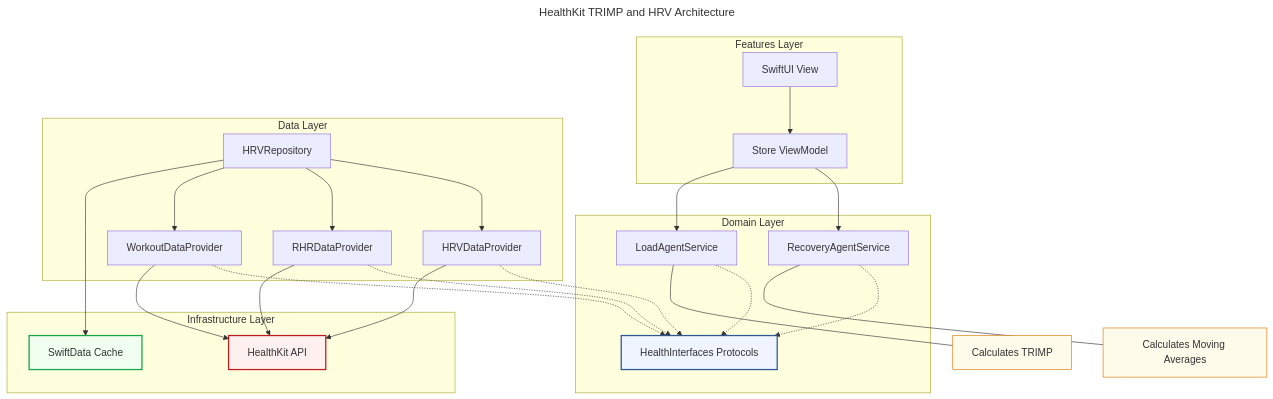
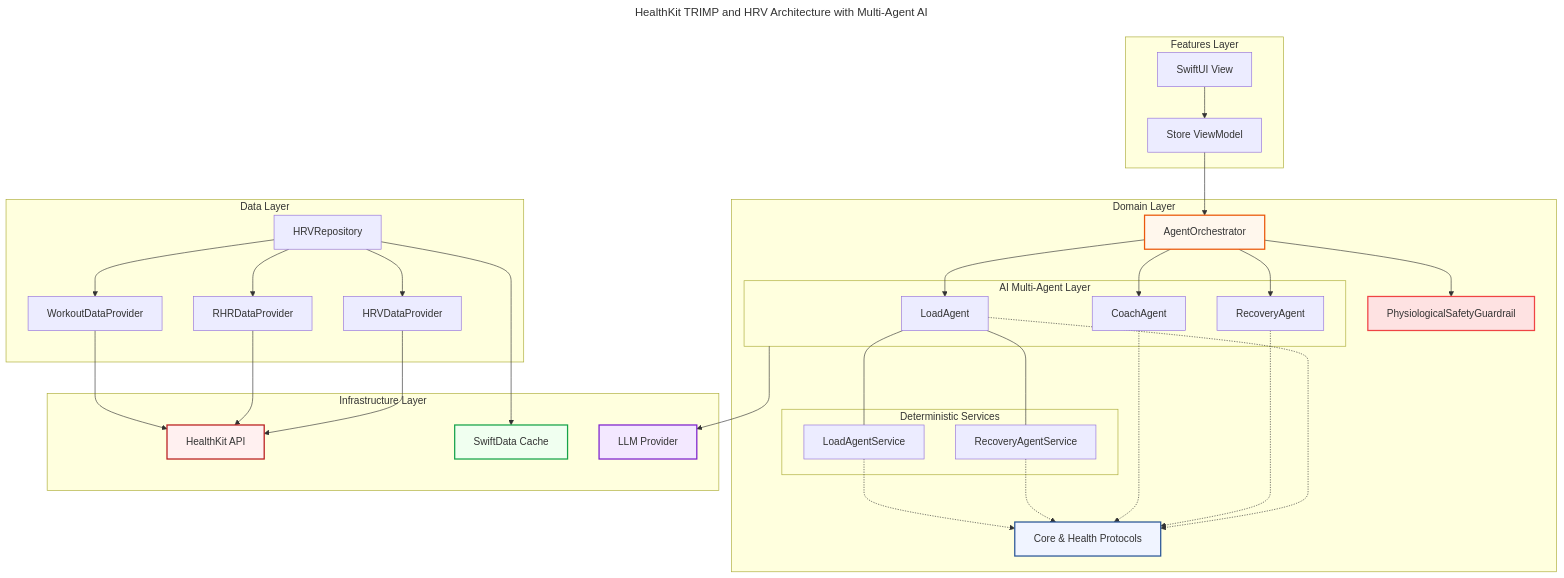
Before and after one commit to rhieda/beginner-runner-ai-app: the diagram in docs/specs/architecture_hk_trimp_hrv.md, drawn with Mermaid. The commit also changed 11 other files, not shown here.

Commit message:
feat: implement multi-agent AI architecture for physiological analysis

````diff
--- a/docs/specs/architecture_hk_trimp_hrv.md
+++ b/docs/specs/architecture_hk_trimp_hrv.md
@@ -1,60 +1,79 @@
 ```mermaid
 ---
-title: HealthKit TRIMP and HRV Architecture
+title: HealthKit TRIMP and HRV Architecture with Multi-Agent AI
 ---
 flowchart TD
     subgraph Features [Features Layer]
         View[SwiftUI View]
         Store[Store ViewModel]
         View --> Store
     end
 
     subgraph Domain [Domain Layer]
-        RecoveryAgent[RecoveryAgentService]
-        LoadAgent[LoadAgentService]
-        Interfaces[HealthInterfaces Protocols]
+        Orchestrator[AgentOrchestrator]
+        
+        subgraph AIAgents [AI Multi-Agent Layer]
+            AILoad[LoadAgent]
+            AIRecovery[RecoveryAgent]
+            AICoach[CoachAgent]
+        end
+        
+        subgraph DeterministicServices [Deterministic Services]
+            RecoveryService[RecoveryAgentService]
+            LoadService[LoadAgentService]
+        end
+        
+        Safety[PhysiologicalSafetyGuardrail]
+        Interfaces[Core & Health Protocols]
     end
 
     subgraph Data [Data Layer]
         Repo[HRVRepository]
         HRVProvider[HRVDataProvider]
         RHRProvider[RHRDataProvider]
         WorkoutProvider[WorkoutDataProvider]
     end
 
     subgraph Infrastructure [Infrastructure Layer]
         HealthKit[HealthKit API]
         SwiftData[SwiftData Cache]
+        LLM[LLM Provider]
     end
 
     %% Data Flow & Dependencies
-    Store --> RecoveryAgent
-    Store --> LoadAgent
+    Store --> Orchestrator
     
-    RecoveryAgent -.-> Interfaces
-    LoadAgent -.-> Interfaces
+    Orchestrator --> AILoad
+    Orchestrator --> AIRecovery
+    Orchestrator --> AICoach
+    Orchestrator --> Safety
+    
+    AILoad -.-> Interfaces
+    AIRecovery -.-> Interfaces
+    AICoach -.-> Interfaces
+    
+    AILoad --- RecoveryService
+    AILoad --- LoadService
+    
+    AIAgents --> LLM
+    
+    RecoveryService -.-> Interfaces
+    LoadService -.-> Interfaces
     
     Repo --> HRVProvider
     Repo --> RHRProvider
     Repo --> WorkoutProvider
-    
-    HRVProvider -.-> Interfaces
-    RHRProvider -.-> Interfaces
-    WorkoutProvider -.-> Interfaces
     
     HRVProvider --> HealthKit
     RHRProvider --> HealthKit
     WorkoutProvider --> HealthKit
     Repo --> SwiftData
 
-    %% Responsibilities
-    RecoveryAgent --- note1[Calculates Moving Averages]
-    LoadAgent --- note2[Calculates TRIMP]
-
     %% Styling
     style Interfaces fill:#f0f4ff,stroke:#2b5797,stroke-width:2px
     style HealthKit fill:#fff0f0,stroke:#b91d1d,stroke-width:2px
     style SwiftData fill:#f0fff0,stroke:#16a34a,stroke-width:2px
-    style note1 fill:#fffbeb,stroke:#d97706
-    style note2 fill:#fffbeb,stroke:#d97706
+    style LLM fill:#f3e8ff,stroke:#7e22ce,stroke-width:2px
+    style Safety fill:#fee2e2,stroke:#ef4444,stroke-width:2px
+    style Orchestrator fill:#fff7ed,stroke:#ea580c,stroke-width:2px
 ```
````
